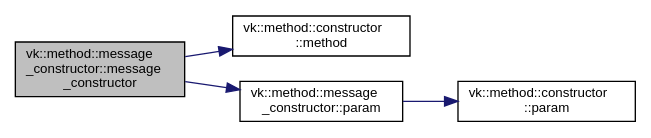
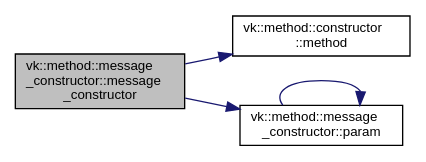
The diagram in docs/classvk_1_1method_1_1message__constructor_ab0879fdc29699fade33dea42cbe8d351_cgraph.dot (edgjj/cpp_vk_lib), drawn with Graphviz before and after one commit. The commit also changed 804 other files, not shown here.

```diff
--- a/docs/classvk_1_1method_1_1message__constructor_ab0879fdc29699fade33dea42cbe8d351_cgraph.dot
+++ b/docs/classvk_1_1method_1_1message__constructor_ab0879fdc29699fade33dea42cbe8d351_cgraph.dot
@@ -1,14 +1,13 @@
 digraph "vk::method::message_constructor::message_constructor"
 {
  // LATEX_PDF_SIZE
   edge [fontname="Helvetica",fontsize="10",labelfontname="Helvetica",labelfontsize="10"];
   node [fontname="Helvetica",fontsize="10",shape=record];
   rankdir="LR";
   Node1 [label="vk::method::message\l_constructor::message\l_constructor",height=0.2,width=0.4,color="black", fillcolor="grey75", style="filled", fontcolor="black",tooltip=" "];
   Node1 -> Node2 [color="midnightblue",fontsize="10",style="solid",fontname="Helvetica"];
-  Node2 [label="vk::method::constructor\l::method",height=0.2,width=0.4,color="black", fillcolor="white", style="filled",URL="$classvk_1_1method_1_1constructor.html#afc49ea0c88f4370ffa0e1d859dc62264",tooltip=" "];
+  Node2 [label="vk::method::constructor\l::method",height=0.2,width=0.4,color="black", fillcolor="white", style="filled",URL="$classvk_1_1method_1_1constructor.html#a2e3e6d30524cd932c3ba81aaa4b1fe70",tooltip=" "];
   Node1 -> Node3 [color="midnightblue",fontsize="10",style="solid",fontname="Helvetica"];
-  Node3 [label="vk::method::message\l_constructor::param",height=0.2,width=0.4,color="black", fillcolor="white", style="filled",URL="$classvk_1_1method_1_1message__constructor.html#a6d69f2fd2dd20132e5881e51adc4af62",tooltip=" "];
-  Node3 -> Node4 [color="midnightblue",fontsize="10",style="solid",fontname="Helvetica"];
-  Node4 [label="vk::method::constructor\l::param",height=0.2,width=0.4,color="black", fillcolor="white", style="filled",URL="$classvk_1_1method_1_1constructor.html#a5eb4b8c35543b6df757de8dcb76f7a5d",tooltip=" "];
+  Node3 [label="vk::method::message\l_constructor::param",height=0.2,width=0.4,color="black", fillcolor="white", style="filled",URL="$classvk_1_1method_1_1message__constructor.html#af51a97a489cb4ec3536e528bbf01aece",tooltip=" "];
+  Node3 -> Node3 [color="midnightblue",fontsize="10",style="solid",fontname="Helvetica"];
 }
```
